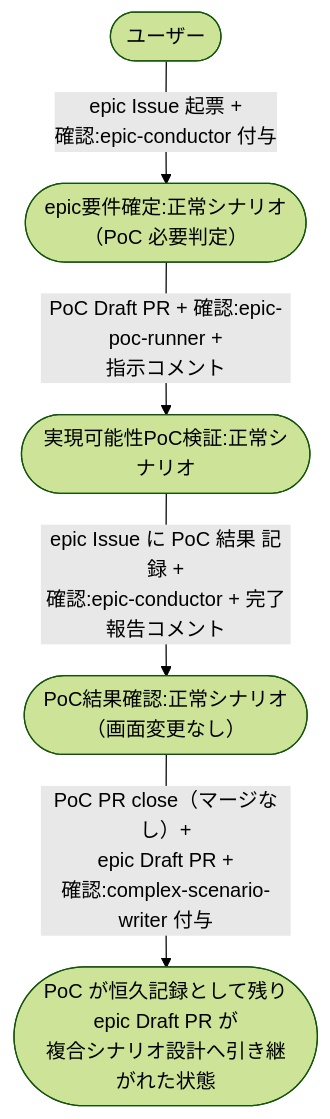
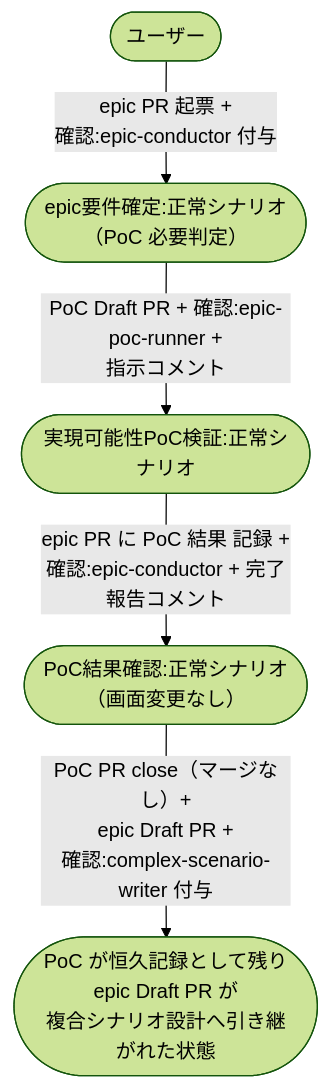
The diagram in docs/wiki/設計図/シナリオ/複合ユースケース/PoC判定からepic起動まで.md (shuhei1101/ai-monitor), drawn with Mermaid (forest theme) before and after one commit. The commit also changed other lines of this file and 256 other files, not shown here.

````diff
--- a/docs/wiki/設計図/シナリオ/複合ユースケース/PoC判定からepic起動まで.md
+++ b/docs/wiki/設計図/シナリオ/複合ユースケース/PoC判定からepic起動まで.md
@@ -34,12 +34,12 @@
 ```mermaid
 flowchart TD
-  U0([ユーザー]) -->|epic Issue 起票 +<br>確認:epic-conductor 付与| UC1
+  U0([ユーザー]) -->|epic PR 起票 +<br>確認:epic-conductor 付与| UC1
 
   UC1([epic要件確定:正常シナリオ<br>（PoC 必要判定）]) -->|PoC Draft PR + 確認:epic-poc-runner +<br>指示コメント| UC2([実現可能性PoC検証:正常シナリオ])
-  UC2 -->|epic Issue に PoC 結果 記録 +<br>確認:epic-conductor + 完了報告コメント| UC3([PoC結果確認:正常シナリオ<br>（画面変更なし）])
+  UC2 -->|epic PR に PoC 結果 記録 +<br>確認:epic-conductor + 完了報告コメント| UC3([PoC結果確認:正常シナリオ<br>（画面変更なし）])
   UC3 -->|PoC PR close（マージなし）+<br>epic Draft PR +<br>確認:complex-scenario-writer 付与| DONE([PoC が恒久記録として残り<br>epic Draft PR が<br>複合シナリオ設計へ引き継がれた状態])
 
   click UC1 "../単一ユースケース/epic要件確定.md#正常シナリオpoc-必要判定"
   click UC2 "../単一ユースケース/実現可能性PoC検証.md#正常シナリオ"
   click UC3 "../単一ユースケース/PoC結果確認.md#正常シナリオ画面変更なし"
 ```
````
